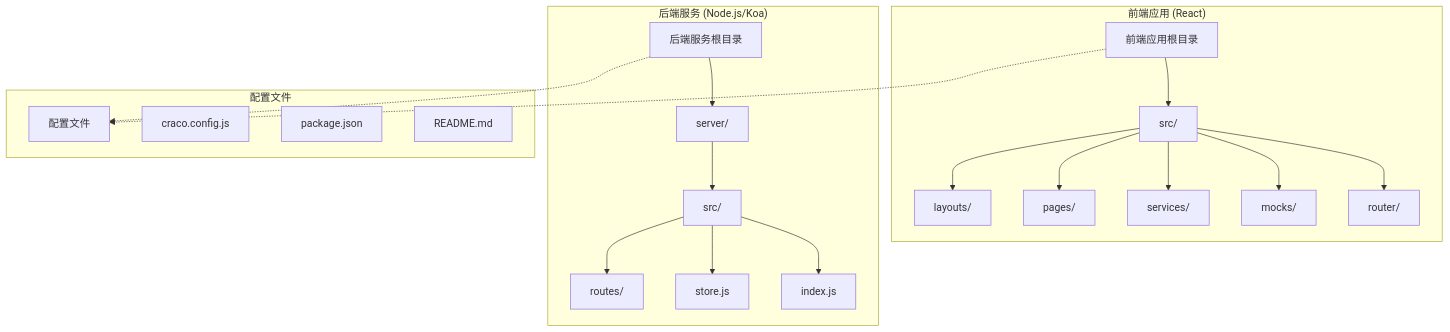
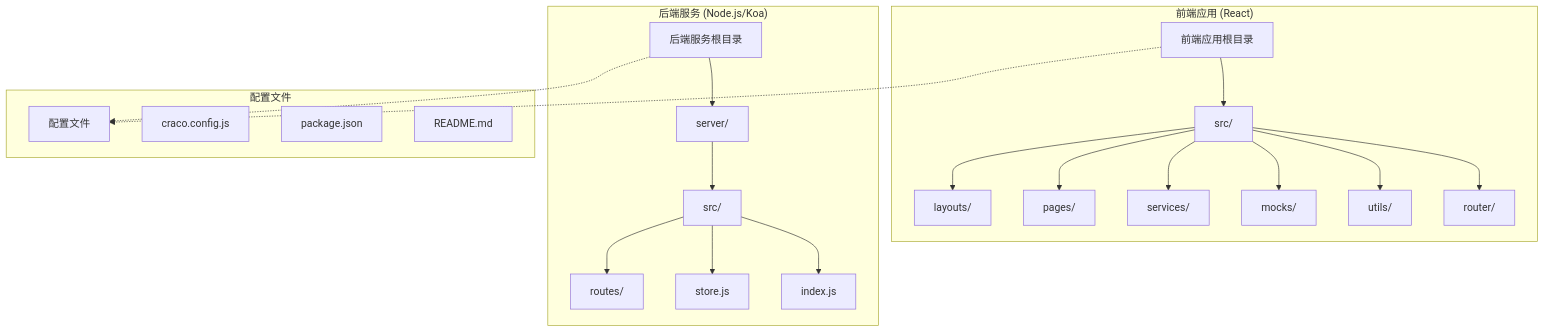
One commit to kkxxll/reactNext changed the first of 9 diagrams in .qoder/repowiki/zh/content/核心组件/Mock 数据系统.md. Above: the diagram before and after it, drawn with Mermaid. The commit also changed other lines of this file and 12 other files, not shown here.

````diff
--- a/.qoder/repowiki/zh/content/核心组件/Mock 数据系统.md
+++ b/.qoder/repowiki/zh/content/核心组件/Mock 数据系统.md
@@ -45,39 +57,41 @@
 ```mermaid
 graph TB
 subgraph "前端应用 (React)"
 FE[前端应用根目录]
 SRC[src/]
 LAYOUTS[layouts/]
 PAGES[pages/]
 SERVICES[services/]
 MOCKS[mocks/]
+UTILS[utils/]
 ROUTER[router/]
 FE --> SRC
 SRC --> LAYOUTS
 SRC --> PAGES
 SRC --> SERVICES
 SRC --> MOCKS
+SRC --> UTILS
 SRC --> ROUTER
 end
 subgraph "后端服务 (Node.js/Koa)"
 BE[后端服务根目录]
 SERVER[server/]
 SRCJS[src/]
 ROUTES[routes/]
 STORE[store.js]
 INDEX[index.js]
 BE --> SERVER
 SERVER --> SRCJS
 SRCJS --> ROUTES
 SRCJS --> STORE
 SRCJS --> INDEX
 end
 subgraph "配置文件"
 CONFIG[配置文件]
 CRACO[craco.config.js]
 PACKAGE[package.json]
 README[README.md]
 end
 FE -.-> CONFIG
 BE -.-> CONFIG
 ```
````
